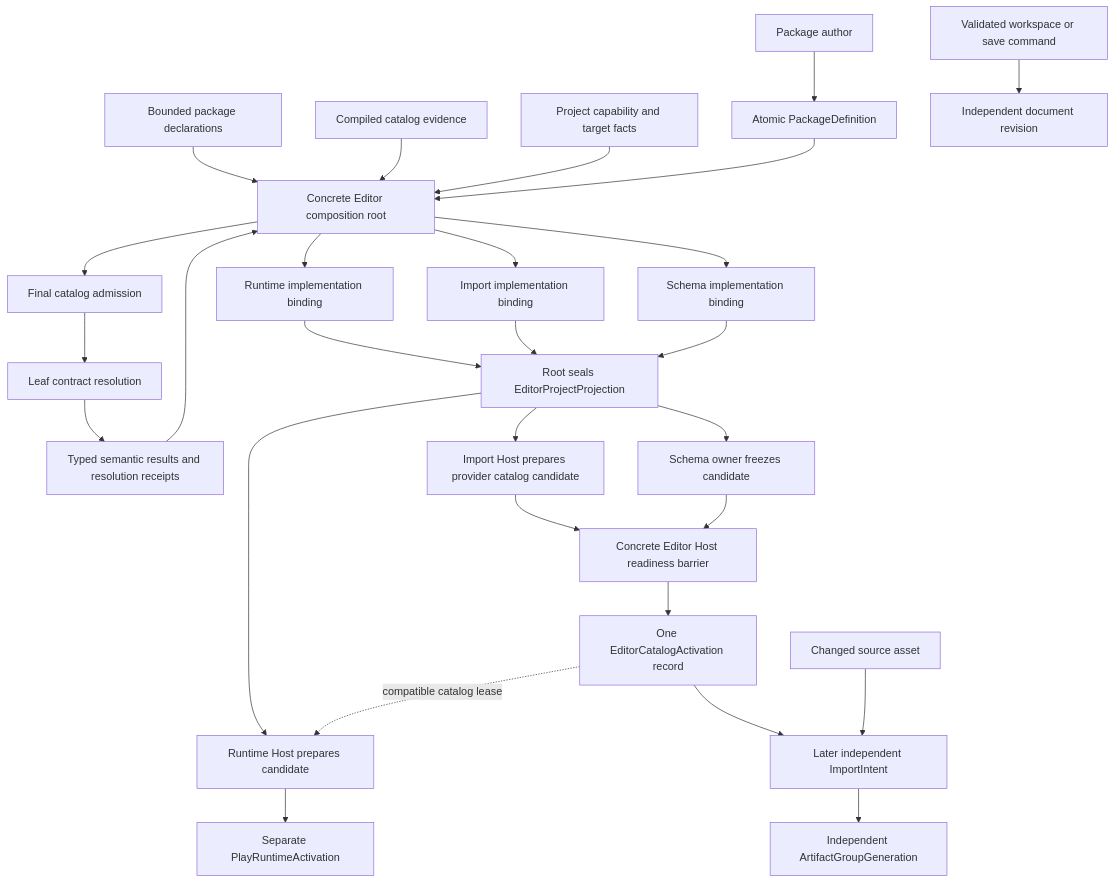
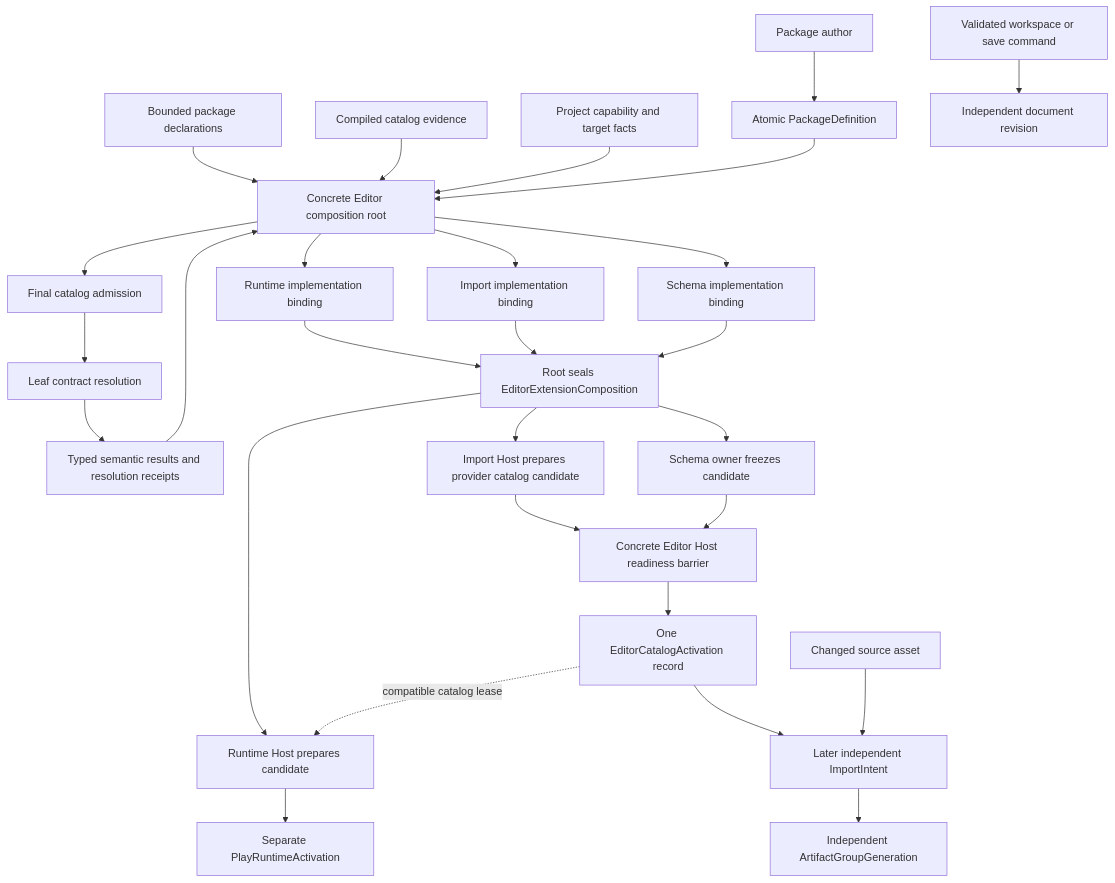
Before and after one commit to Latias94/nara: the diagram in docs/architecture/extension-package-concept-guide.md, drawn with Mermaid. The commit also changed other lines of this file and 15 other files, not shown here.

First line of the commit message:
docs(architecture): tighten runtime and authoring interfaces

````diff
--- a/docs/architecture/extension-package-concept-guide.md
+++ b/docs/architecture/extension-package-concept-guide.md
@@ -499,30 +499,30 @@
 ```mermaid
 flowchart TD
     Author[Package author] --> Definition[Atomic PackageDefinition]
     Source[Bounded package declarations] --> Root[Concrete Editor composition root]
     Catalog[Compiled catalog evidence] --> Root
     Project[Project capability and target facts] --> Root
     Definition --> Root
     Root --> Admission[Final catalog admission]
     Admission --> Kernel[Leaf contract resolution]
     Kernel --> Plans[Typed semantic results and resolution receipts]
     Plans --> Root
     Root --> RuntimeBind[Runtime implementation binding]
     Root --> ImportBind[Import implementation binding]
     Root --> SchemaBind[Schema implementation binding]
-    RuntimeBind --> Projection[Root seals EditorProjectProjection]
-    ImportBind --> Projection
-    SchemaBind --> Projection
-    Projection --> RuntimeOwner[Runtime Host prepares candidate]
-    Projection --> ImportCatalogOwner[Import Host prepares provider catalog candidate]
-    Projection --> SchemaOwner[Schema owner freezes candidate]
+    RuntimeBind --> Composition[Root seals EditorExtensionComposition]
+    ImportBind --> Composition
+    SchemaBind --> Composition
+    Composition --> RuntimeOwner[Runtime Host prepares candidate]
+    Composition --> ImportCatalogOwner[Import Host prepares provider catalog candidate]
+    Composition --> SchemaOwner[Schema owner freezes candidate]
     ImportCatalogOwner --> EditorHost[Concrete Editor Host readiness barrier]
     SchemaOwner --> EditorHost
     EditorHost --> EditorCatalog[One EditorCatalogActivation record]
     EditorCatalog -. compatible catalog lease .-> RuntimeOwner
     RuntimeOwner --> RuntimeActive[Separate PlayRuntimeActivation]
     EditorCatalog --> ImportAttempt[Later independent ImportIntent]
     SourceAsset[Changed source asset] --> ImportAttempt
     ImportAttempt --> ArtifactActive[Independent ArtifactGroupGeneration]
     WorkspaceCommand[Validated workspace or save command] --> DocumentRevision[Independent document revision]
 ```
````
